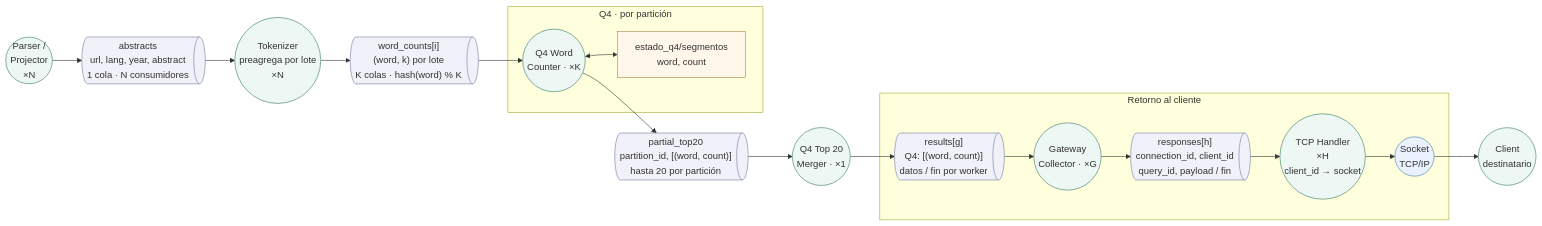
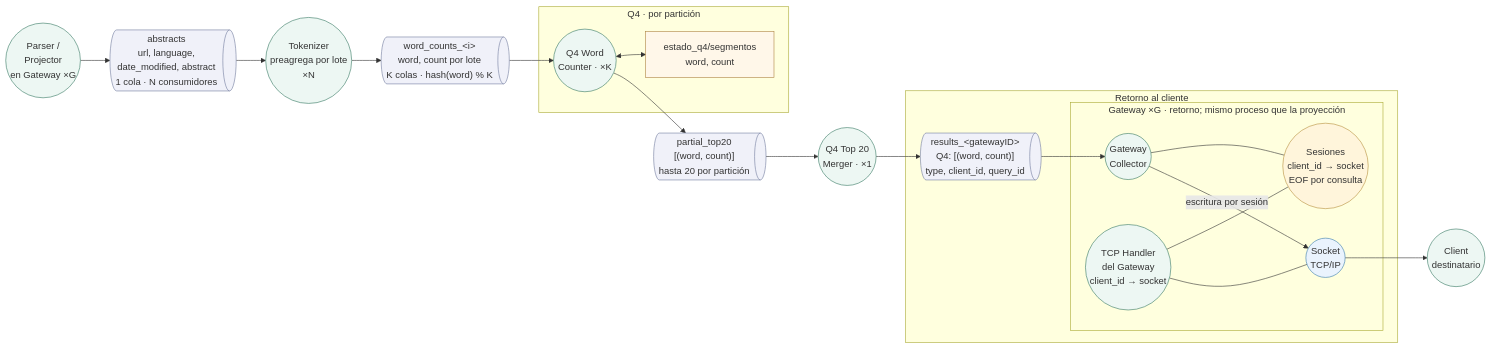
Before and after one commit to NicoPodesta/trabajo-final-distribuidos: the diagram in Diagramas/Robustez/DIagrama-robustez-q4.mmd, drawn with Mermaid. The commit also changed 13 other files, not shown here.

Commit message:
Docs: Diagramas de robustez

```diff
--- a/Diagramas/Robustez/DIagrama-robustez-q4.mmd
+++ b/Diagramas/Robustez/DIagrama-robustez-q4.mmd
@@ -1,50 +1,55 @@
 %% Q4 · conteos por word y top 20 global
 %% Fuente semántica; SVG y PNG usan una distribución fija para conservar legibilidad.
-%% Cierres: notificación a todos los participantes después de procesar sus datos.
+%% Réplicas: se conserva el diseño previsto; la coordinación de cierre aún tiene pendientes.
+%% Parser, TCP Handler y Collector pertenecen al mismo proceso Gateway; se muestran en dos vistas.
 flowchart LR
     subgraph COUNTER["Q4 · por partición"]
     Q4C(("Q4 Word<br/>Counter · ×K"))
     F4["estado_q4/segmentos<br/>word, count"]
     end
     subgraph RETURN["Retorno al cliente"]
-    RQ@{ shape: h-cyl, label: "results[g]<br/>Q4: [(word, count)]<br/>datos / fin por worker" }
-    GW(("Gateway<br/>Collector · ×G"))
-    RESPQ@{ shape: h-cyl, label: "responses[h]<br/>connection_id, client_id<br/>query_id, payload / fin" }
-    RX(("TCP Handler<br/>×H<br/>client_id → socket"))
+    RQ@{ shape: h-cyl, label: "results_&lt;gatewayID&gt;<br/>Q4: [(word, count)]<br/>type, client_id, query_id" }
+    subgraph GATEWAY["Gateway ×G · retorno; mismo proceso que la proyección"]
+    GW(("Gateway<br/>Collector"))
+    SESSION(("Sesiones<br/>client_id → socket<br/>EOF por consulta"))
+    RX(("TCP Handler<br/>del Gateway<br/>client_id → socket"))
     API(("Socket<br/>TCP/IP"))
     end
-    P(("Parser /<br/>Projector<br/>×N"))
-    TQ@{ shape: h-cyl, label: "abstracts<br/>url, lang, year, abstract<br/>1 cola · N consumidores" }
+    end
+    P(("Parser /<br/>Projector<br/>en Gateway ×G"))
+    TQ@{ shape: h-cyl, label: "abstracts<br/>url, language,<br/>date_modified, abstract<br/>1 cola · N consumidores" }
     T(("Tokenizer<br/>preagrega por lote<br/>×N"))
-    WQ@{ shape: h-cyl, label: "word_counts[i]<br/>(word, k) por lote<br/>K colas · hash(word) % K" }
-    TOPQ@{ shape: h-cyl, label: "partial_top20<br/>partition_id, [(word, count)]<br/>hasta 20 por partición" }
+    WQ@{ shape: h-cyl, label: "word_counts_&lt;i&gt;<br/>word, count por lote<br/>K colas · hash(word) % K" }
+    TOPQ@{ shape: h-cyl, label: "partial_top20<br/>[(word, count)]<br/>hasta 20 por partición" }
     Q4M(("Q4 Top 20<br/>Merger · ×1"))
     C(("Client<br/>destinatario"))
     P --> TQ
     TQ --> T
     T --> WQ
     WQ --> Q4C
     Q4C <--> F4
     Q4C --> TOPQ
     TOPQ --> Q4M
     RQ --> GW
-    GW --> RESPQ
-    RESPQ --> RX
-    RX --> API
+    GW --- SESSION
+    RX --- SESSION
+    RX --- API
+    GW -->|escritura por sesión| API
     API --> C
     Q4M --> RQ
     classDef control fill:#edf7f3,stroke:#377964;
     class P,T,Q4C,Q4M,GW,RX,C control;
     classDef boundary fill:#eaf3fd,stroke:#397bac;
     class API boundary;
     classDef entity fill:#fff5db,stroke:#b6903e;
+    class SESSION entity;
     classDef queue fill:#f0f1f9,stroke:#737d9e;
-    class TQ,WQ,TOPQ,RQ,RESPQ queue;
+    class TQ,WQ,TOPQ,RQ queue;
     classDef exchange fill:#f0f1f9,stroke:#737d9e;
     classDef file fill:#fff7e9,stroke:#ad8242;
     class F4 file;
     classDef actor fill:white,stroke:#526579;
-%% Conteos preagregados por lote: Tokenizer emite (word, k) por cliente y lote: k cuenta abstracts, no repeticiones. Los lotes aportan incrementos disjuntos. Counter suma k por palabra y combina sus segmentos antes de elegir el top 20 local.
+%% Conteos preagregados por lote: Tokenizer emite (word, k) por cliente y lote: k cuenta abstracts, no repeticiones. Los lotes aportan incrementos disjuntos. Counter suma k por palabra. Se conservan los segmentos del diseño; actualmente los conteos están en memoria.
 %% Top global: Merger recibe el top 20 de cada partición y elige las 20 words más frecuentes del conjunto. Todas las particiones usan el mismo desempate.
-%% Cuándo termina: Merger espera la lista de cada partición, también una lista vacía si no recibió words. Después envía el top global y el fin de Q4.
+%% Cuándo termina: Merger espera la lista de cada partición, también su EOF si no recibió words. Después envía el top global y el fin de Q4.
 %% k cuenta abstracts del lote que contienen word; cada abstract aporta como máximo 1. Counter suma k, no 1 por mensaje.
```
